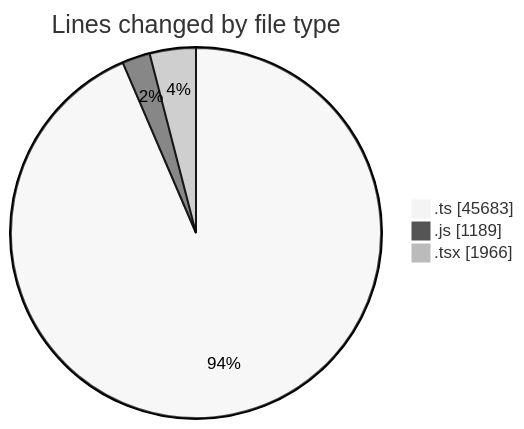
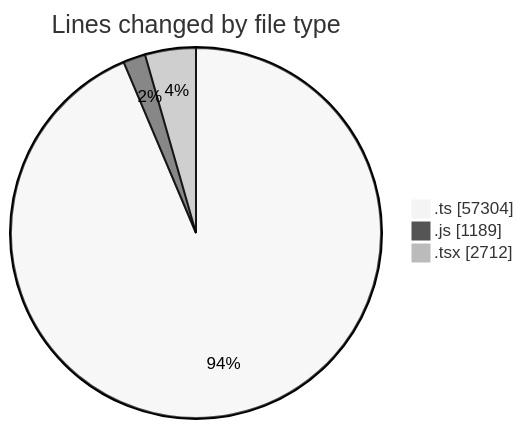
One commit to momahboobian/code-tracking changed the first of 2 diagrams in 2026-11-03/cda/README.md. Above: the diagram before and after it, drawn with Mermaid (neutral theme). The commit also changed other lines of this file and 1 other file, not shown here.

````diff
--- a/2026-11-03/cda/README.md
+++ b/2026-11-03/cda/README.md
@@ -45,7 +51,7 @@
 ```mermaid
 pie showData
 title Lines changed by file type
-".ts" : 45683
+".ts" : 57304
 ".js" : 1189
-".tsx" : 1966
+".tsx" : 2712
 ```
````
